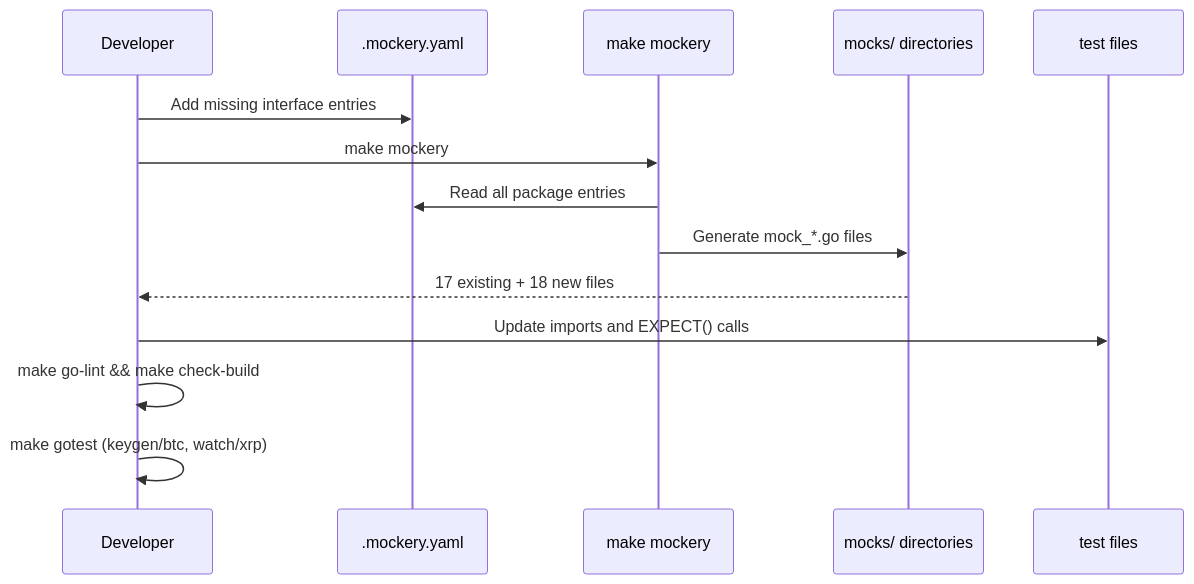
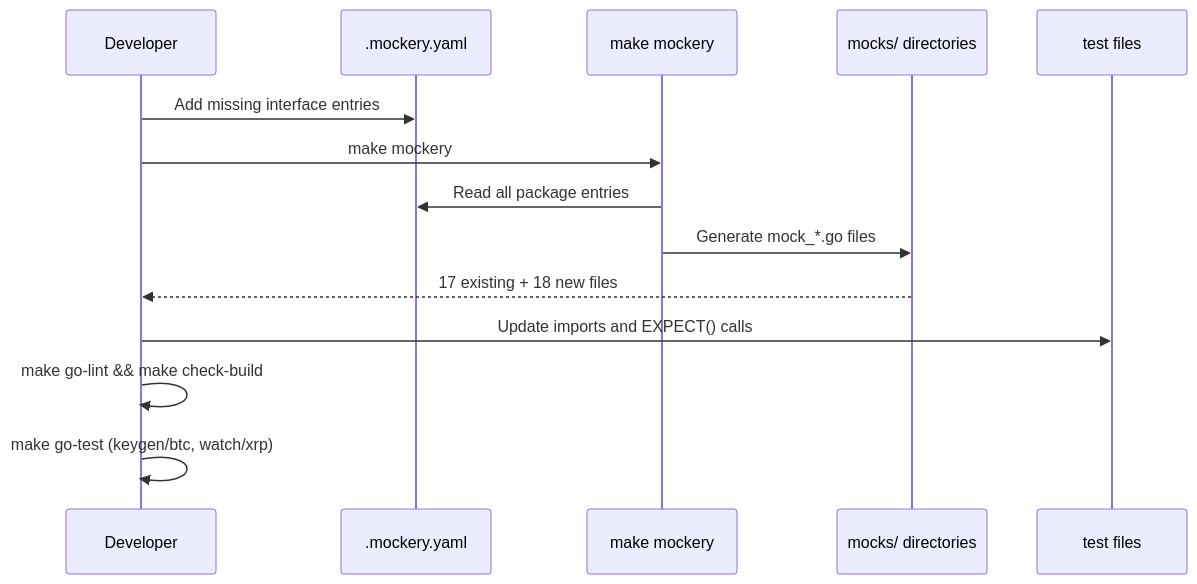
One commit to hiromaily/go-crypto-wallet changed the second of 2 diagrams in .kiro/specs/replace-manualstub-mockery/design.md. Above: the diagram before and after it, drawn with Mermaid. The commit also changed other lines of this file and 50 other files, not shown here.

````diff
--- a/.kiro/specs/replace-manualstub-mockery/design.md
+++ b/.kiro/specs/replace-manualstub-mockery/design.md
@@ -368,18 +372,18 @@
 ```mermaid
 sequenceDiagram
     participant Dev as Developer
     participant YAML as .mockery.yaml
     participant Tool as make mockery
     participant Mocks as mocks/ directories
     participant Tests as test files
 
     Dev->>YAML: Add missing interface entries
     Dev->>Tool: make mockery
     Tool->>YAML: Read all package entries
     Tool->>Mocks: Generate mock_*.go files
     Mocks-->>Dev: 17 existing + 18 new files
 
     Dev->>Tests: Update imports and EXPECT() calls
     Dev->>Dev: make go-lint && make check-build
-    Dev->>Dev: make gotest (keygen/btc, watch/xrp)
+    Dev->>Dev: make go-test (keygen/btc, watch/xrp)
 ```
````
